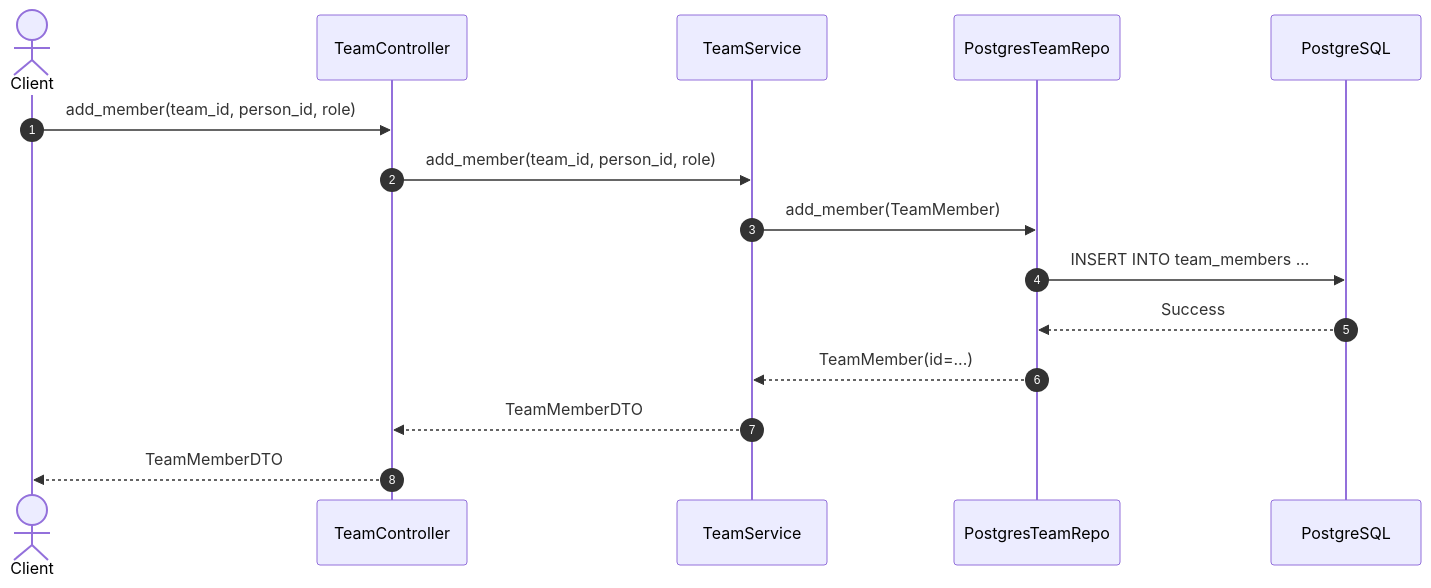
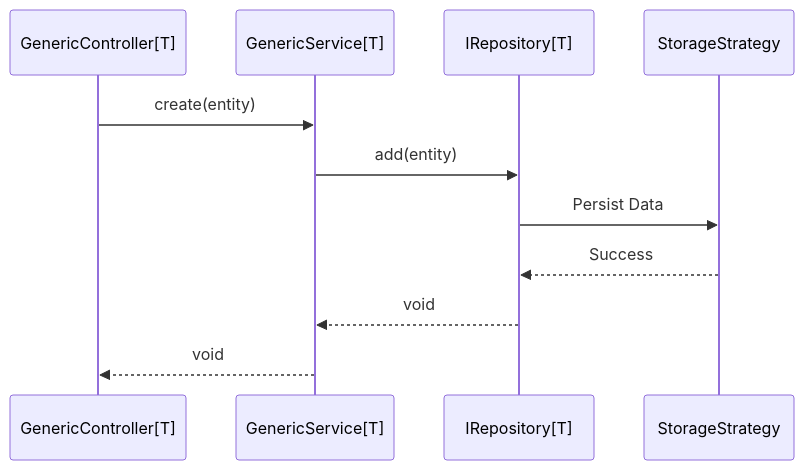
The third of 3 diagrams in docs/sdd.md (The-Band-Solution/libbase), drawn with Mermaid before and after one commit. The commit also changed other lines of this file and 4 other files, not shown here.

````diff
--- a/docs/sdd.md
+++ b/docs/sdd.md
@@ -230,20 +89,14 @@
 ```mermaid
 sequenceDiagram
-    autonumber
-    actor Client
-    participant Controller as TeamController
-    participant Service as TeamService
-    participant TeamRepo as PostgresTeamRepo
-    participant DB as PostgreSQL
+    participant C as GenericController[T]
+    participant S as GenericService[T]
+    participant R as IRepository[T]
+    participant ST as StorageStrategy
 
-    Client->>Controller: add_member(team_id, person_id, role)
-    Controller->>Service: add_member(team_id, person_id, role)
-    
-    Service->>TeamRepo: add_member(TeamMember)
-    TeamRepo->>DB: INSERT INTO team_members ...
-    DB-->>TeamRepo: Success
-    TeamRepo-->>Service: TeamMember(id=...)
-    
-    Service-->>Controller: TeamMemberDTO
-    Controller-->>Client: TeamMemberDTO
+    C->>S: create(entity)
+    S->>R: add(entity)
+    R->>ST: Persist Data
+    ST-->>R: Success
+    R-->>S: void
+    S-->>C: void
 ```
````
